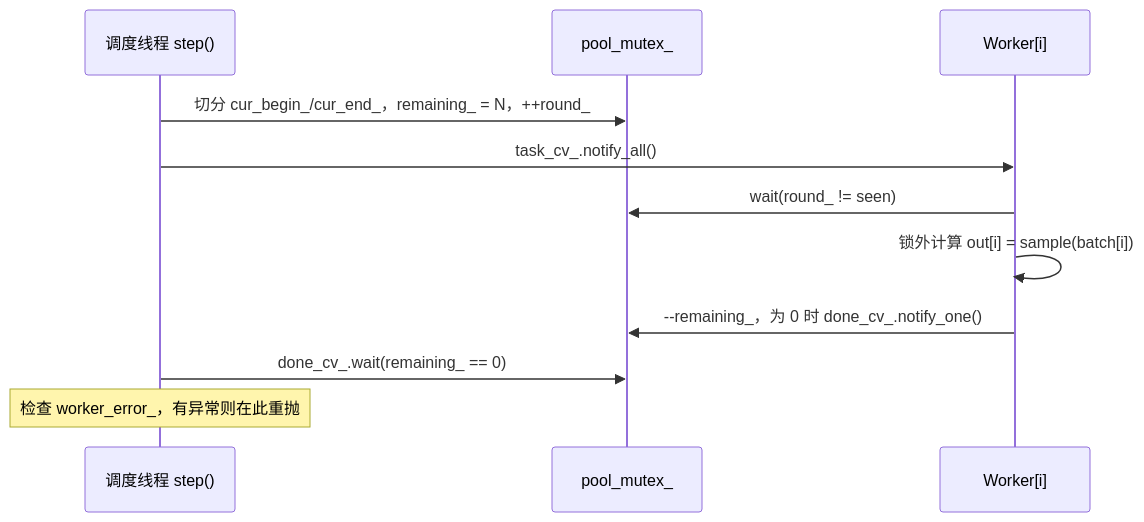
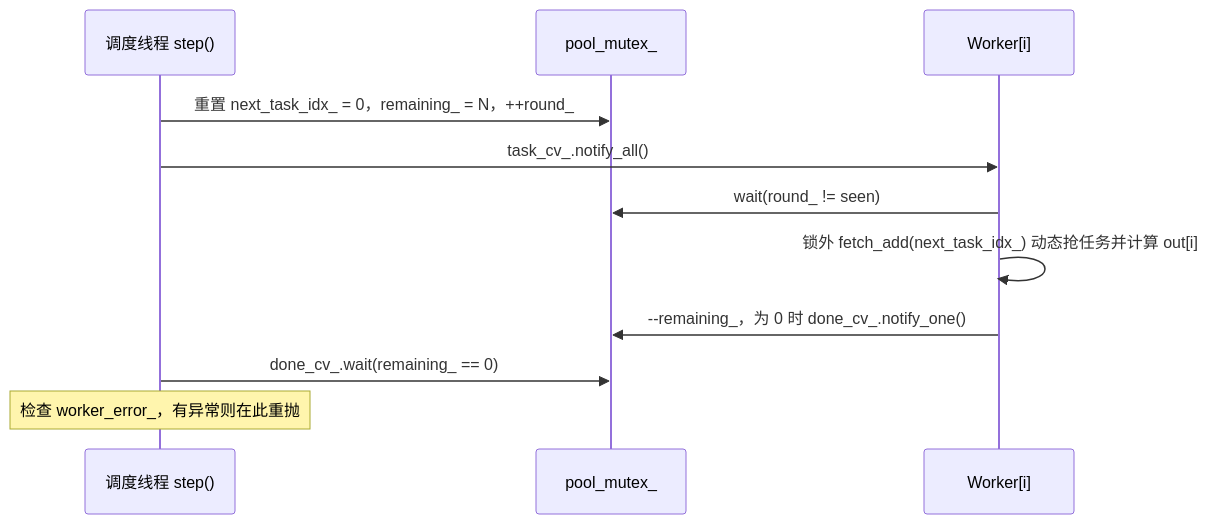
The fifth of 6 diagrams in docs/ARCHITECTURE.md (laoyeye831/learn-vllm-paged-kvcache), drawn with Mermaid before and after one commit. The commit also changed other lines of this file and 11 other files, not shown here.

````diff
--- a/docs/ARCHITECTURE.md
+++ b/docs/ARCHITECTURE.md
@@ -197,14 +197,14 @@
 ```mermaid
 sequenceDiagram
     participant M as 调度线程 step()
     participant P as pool_mutex_
     participant W as Worker[i]
 
-    M->>P: 切分 cur_begin_/cur_end_，remaining_ = N，++round_
+    M->>P: 重置 next_task_idx_ = 0，remaining_ = N，++round_
     M->>W: task_cv_.notify_all()
     W->>P: wait(round_ != seen)
-    W->>W: 锁外计算 out[i] = sample(batch[i])
+    W->>W: 锁外 fetch_add(next_task_idx_) 动态抢任务并计算 out[i]
     W->>P: --remaining_，为 0 时 done_cv_.notify_one()
     M->>P: done_cv_.wait(remaining_ == 0)
     Note over M: 检查 worker_error_，有异常则在此重抛
 ```
````
